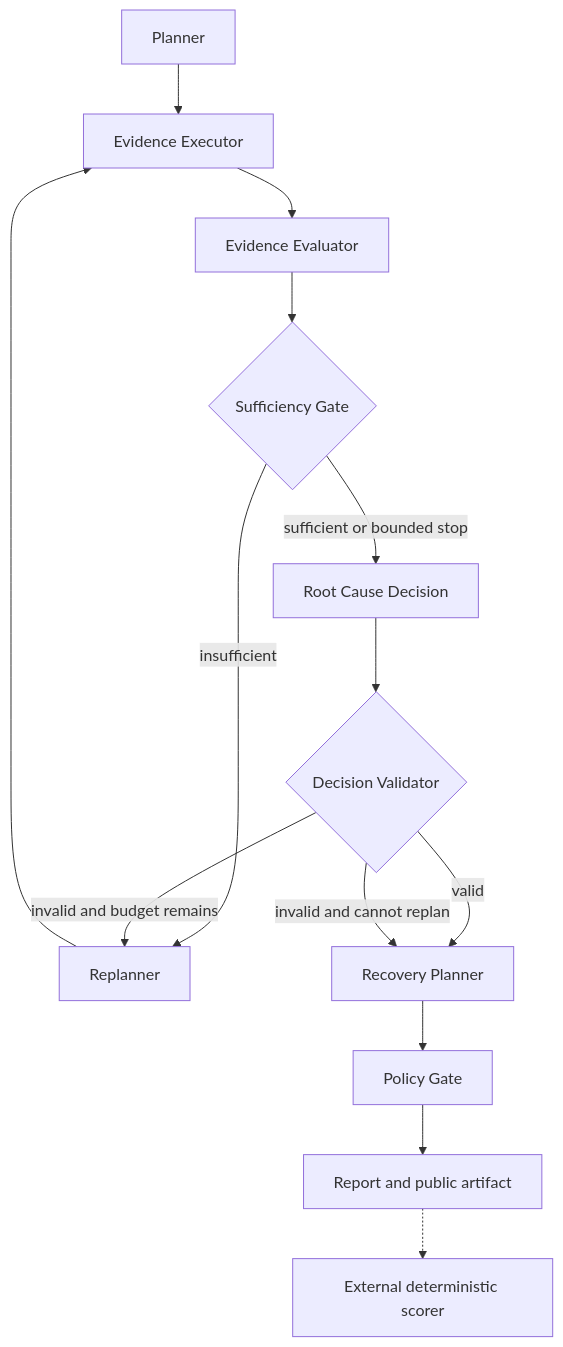
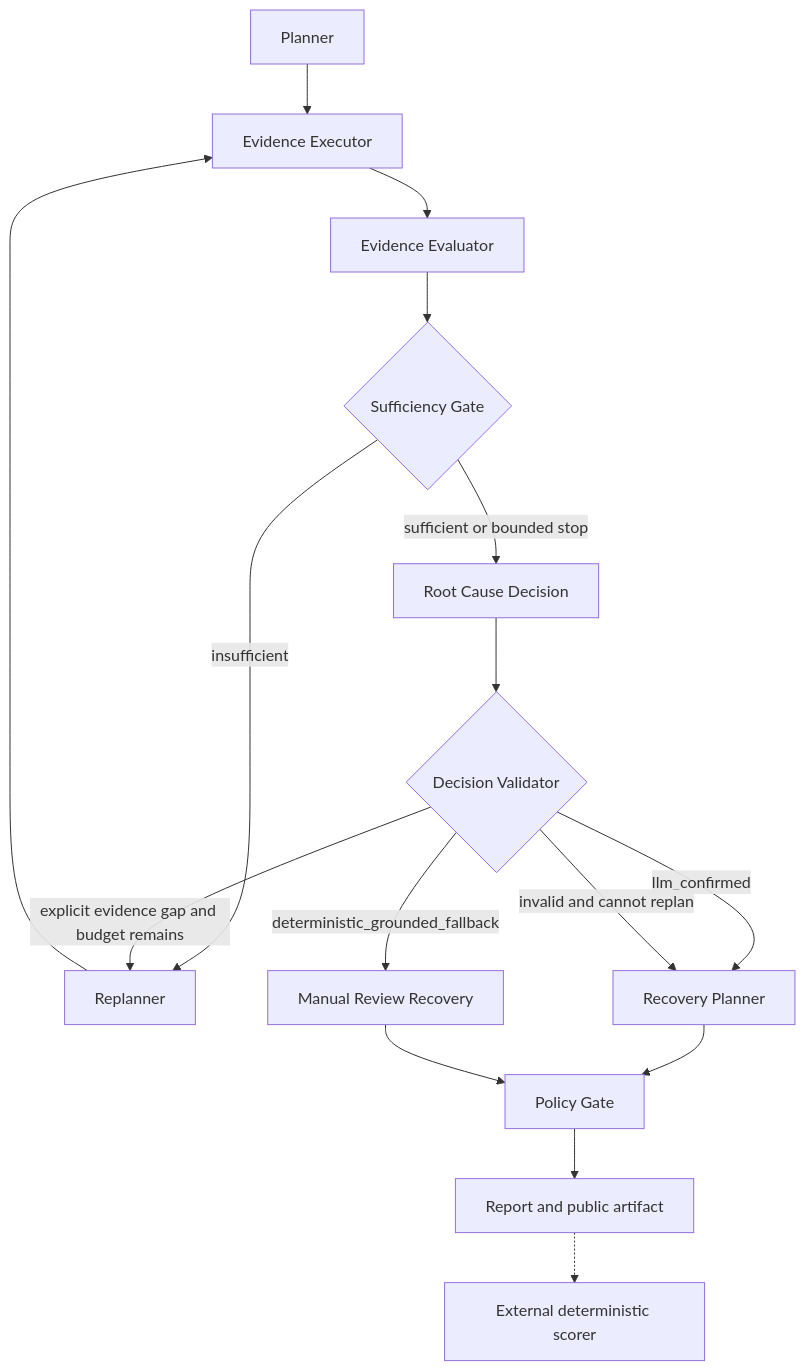
One commit to tao943/agent-py-aiops changed the diagram in docs/aiops/agentpy-domainbench.md. Above: the diagram before and after it, drawn with Mermaid. The commit also changed other lines of this file and 1 other file, not shown here.

````diff
--- a/docs/aiops/agentpy-domainbench.md
+++ b/docs/aiops/agentpy-domainbench.md
@@ -83,16 +83,18 @@
 ```mermaid
 flowchart TD
     P["Planner"] --> X["Evidence Executor"]
     X --> E["Evidence Evaluator"]
     E --> S{"Sufficiency Gate"}
     S -->|"insufficient"| R["Replanner"]
     R --> X
     S -->|"sufficient or bounded stop"| D["Root Cause Decision"]
     D --> V{"Decision Validator"}
-    V -->|"invalid and budget remains"| R
-    V -->|"valid"| RP["Recovery Planner"]
+    V -->|"explicit evidence gap and budget remains"| R
+    V -->|"llm_confirmed"| RP["Recovery Planner"]
+    V -->|"deterministic_grounded_fallback"| MR["Manual Review Recovery"]
     V -->|"invalid and cannot replan"| RP
     RP --> G["Policy Gate"]
+    MR --> G
     G --> O["Report and public artifact"]
     O -.-> SC["External deterministic scorer"]
 ```
````
